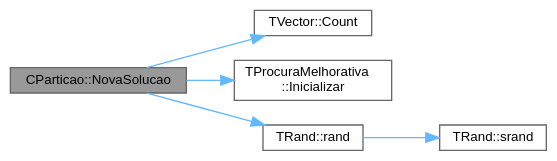
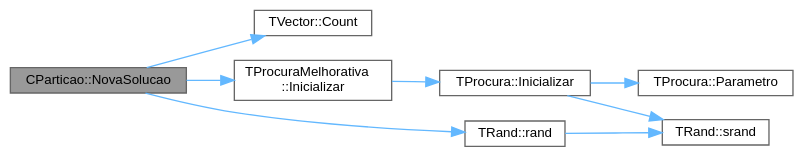
The diagram in classCParticao_a82ac73218fe065f106b5b1d3162637a1_cgraph.dot (jcoelho72/TProcura), drawn with Graphviz before and after one commit. The commit also changed 224 other files, not shown here.

```diff
--- a/classCParticao_a82ac73218fe065f106b5b1d3162637a1_cgraph.dot
+++ b/classCParticao_a82ac73218fe065f106b5b1d3162637a1_cgraph.dot
@@ -1,17 +1,22 @@
 digraph "CParticao::NovaSolucao"
 {
  // LATEX_PDF_SIZE
   bgcolor="transparent";
   edge [fontname=Helvetica,fontsize=10,labelfontname=Helvetica,labelfontsize=10];
   node [fontname=Helvetica,fontsize=10,shape=box,height=0.2,width=0.4];
   rankdir="LR";
   Node1 [id="Node000001",label="CParticao::NovaSolucao",height=0.2,width=0.4,color="gray40", fillcolor="grey60", style="filled", fontcolor="black",tooltip=" "];
   Node1 -> Node2 [id="edge1_Node000001_Node000002",color="steelblue1",style="solid",tooltip=" "];
   Node2 [id="Node000002",label="TVector::Count",height=0.2,width=0.4,color="grey40", fillcolor="white", style="filled",URL="$classTVector.html#ac3c744d84543ca6e32859eb7dfccfeef",tooltip=" "];
   Node1 -> Node3 [id="edge2_Node000001_Node000003",color="steelblue1",style="solid",tooltip=" "];
   Node3 [id="Node000003",label="TProcuraMelhorativa\l::Inicializar",height=0.2,width=0.4,color="grey40", fillcolor="white", style="filled",URL="$classTProcuraMelhorativa.html#a72a59b4afbcd7b1f7ea65e4d2cff1a1b",tooltip="Inicializar a instância. No final, chamar NovaSolucao() para inicializar o estado."];
-  Node1 -> Node4 [id="edge3_Node000001_Node000004",color="steelblue1",style="solid",tooltip=" "];
-  Node4 [id="Node000004",label="TRand::rand",height=0.2,width=0.4,color="grey40", fillcolor="white", style="filled",URL="$namespaceTRand.html#a8f8ec155d796c5586198ac75eb966d4f",tooltip="Retorna o próximo valor pseudo-aleatório."];
+  Node3 -> Node4 [id="edge3_Node000003_Node000004",color="steelblue1",style="solid",tooltip=" "];
+  Node4 [id="Node000004",label="TProcura::Inicializar",height=0.2,width=0.4,color="grey40", fillcolor="white", style="filled",URL="$classTProcura.html#a1af0e64ed79d99972d8d48fadf839f43",tooltip="Coloca o objecto no estado inicial da procura."];
   Node4 -> Node5 [id="edge4_Node000004_Node000005",color="steelblue1",style="solid",tooltip=" "];
-  Node5 [id="Node000005",label="TRand::srand",height=0.2,width=0.4,color="grey40", fillcolor="white", style="filled",URL="$namespaceTRand.html#ad0b319d6f58ab6820b001b4e3d3ae245",tooltip="Inicializa a semente da geração pseudo-aleatória."];
+  Node5 [id="Node000005",label="TProcura::Parametro",height=0.2,width=0.4,color="grey40", fillcolor="white", style="filled",URL="$classTProcura.html#a0e9e692f29af8a5d5279a8647c800437",tooltip=" "];
+  Node4 -> Node6 [id="edge5_Node000004_Node000006",color="steelblue1",style="solid",tooltip=" "];
+  Node6 [id="Node000006",label="TRand::srand",height=0.2,width=0.4,color="grey40", fillcolor="white", style="filled",URL="$namespaceTRand.html#ad0b319d6f58ab6820b001b4e3d3ae245",tooltip="Inicializa a semente da geração pseudo-aleatória."];
+  Node1 -> Node7 [id="edge6_Node000001_Node000007",color="steelblue1",style="solid",tooltip=" "];
+  Node7 [id="Node000007",label="TRand::rand",height=0.2,width=0.4,color="grey40", fillcolor="white", style="filled",URL="$namespaceTRand.html#a8f8ec155d796c5586198ac75eb966d4f",tooltip="Retorna o próximo valor pseudo-aleatório."];
+  Node7 -> Node6 [id="edge7_Node000007_Node000006",color="steelblue1",style="solid",tooltip=" "];
 }
```
